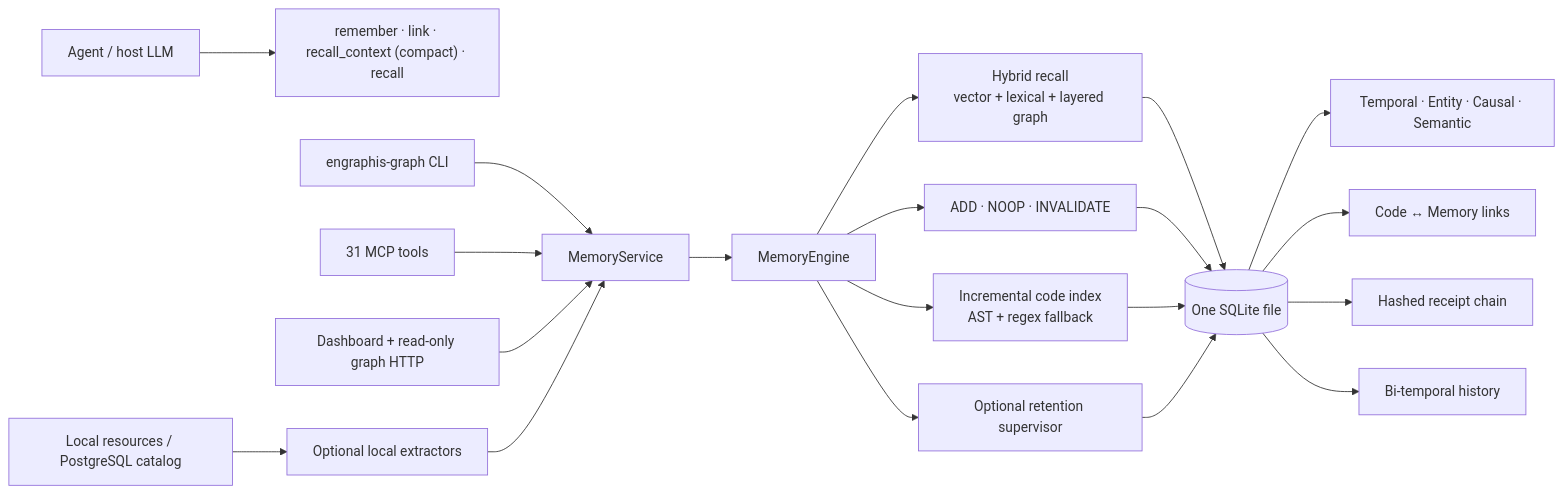
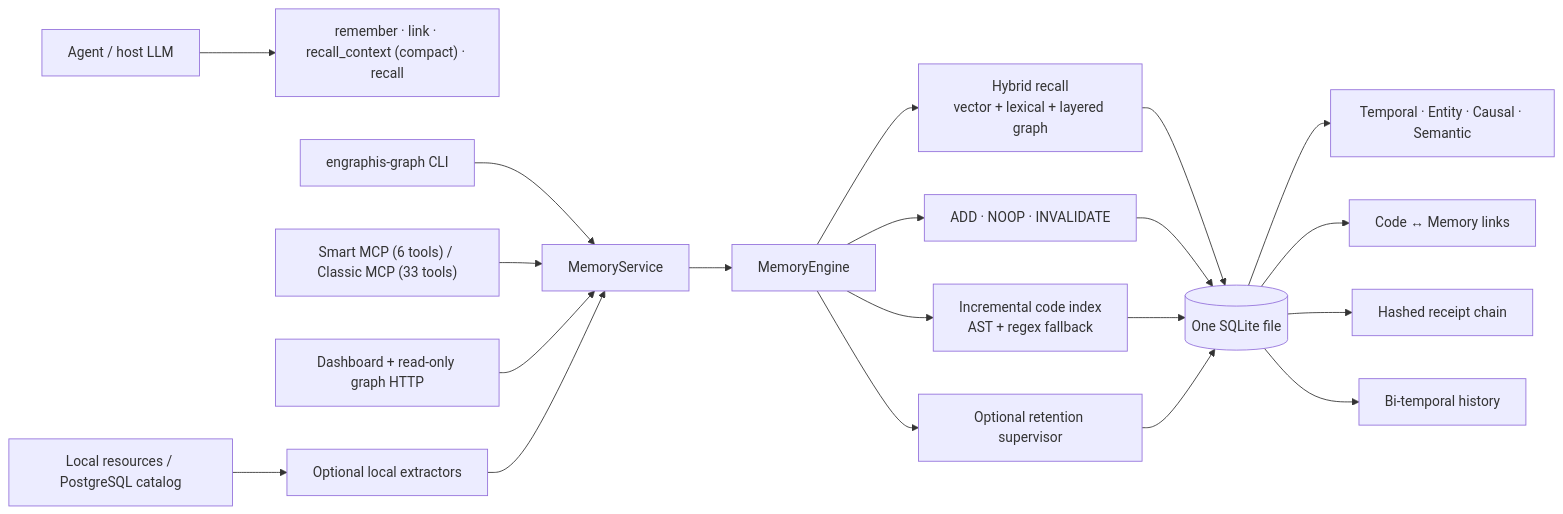
One commit to Coding-Dev-Tools/engraphis changed the diagram in docs/ARCHITECTURE_V3.md. Above: the diagram before and after it, drawn with Mermaid. The commit also changed other lines of this file and 191 other files, not shown here.

````diff
--- a/docs/ARCHITECTURE_V3.md
+++ b/docs/ARCHITECTURE_V3.md
@@ -6,25 +6,25 @@
 ```mermaid
 flowchart LR
     Agent["Agent / host LLM"] --> Intent["remember · link · recall_context (compact) · recall"]
     CLI["engraphis-graph CLI"] --> Service["MemoryService"]
-    MCP["31 MCP tools"] --> Service
+    MCP["Smart MCP (6 tools) / Classic MCP (33 tools)"] --> Service
     HTTP["Dashboard + read-only graph HTTP"] --> Service
     Import["Local resources / PostgreSQL catalog"] --> Extractors["Optional local extractors"]
     Extractors --> Service
 
     Service --> Engine["MemoryEngine"]
     Engine --> Recall["Hybrid recall\nvector + lexical + layered graph"]
     Engine --> Resolver["ADD · NOOP · INVALIDATE"]
     Engine --> Code["Incremental code index\nAST + regex fallback"]
     Engine --> Retention["Optional retention supervisor"]
 
     Recall --> SQLite[("One SQLite file")]
     Resolver --> SQLite
     Code --> SQLite
     Retention --> SQLite
 
     SQLite --> Layers["Temporal · Entity · Causal · Semantic"]
     SQLite --> Bridge["Code ↔ Memory links"]
     SQLite --> Receipts["Hashed receipt chain"]
     SQLite --> History["Bi-temporal history"]
 ```
````
